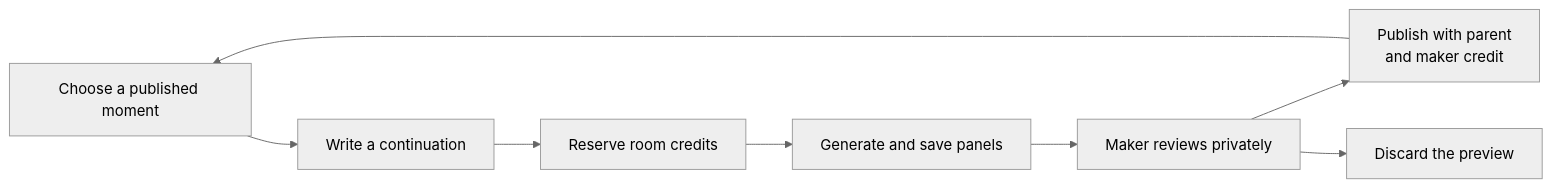
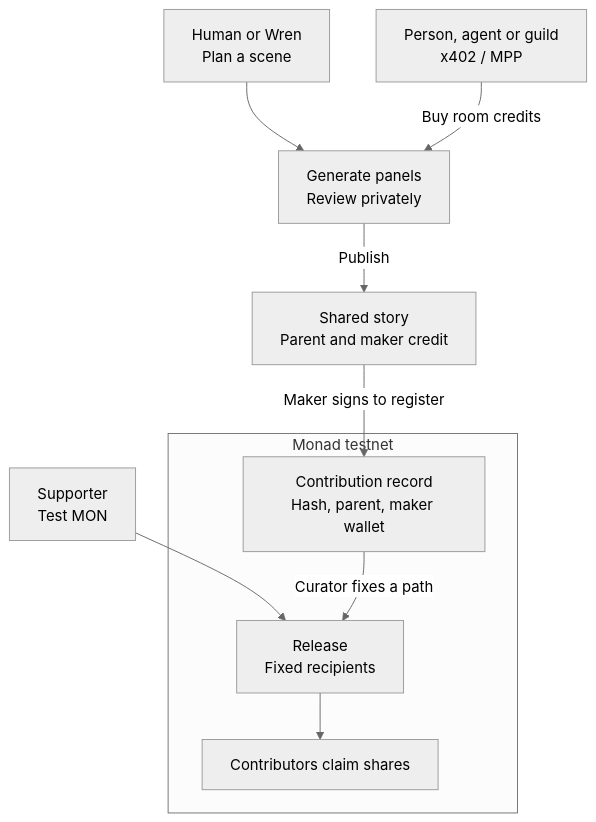
The diagram in README.md (Wenjix/fork-night), drawn with Mermaid (neutral theme) before and after one commit. The commit also changed other lines of this file, not shown here.

Commit message:
docs(readme): clarify creative credit and polish the demo guide

````diff
--- a/README.md
+++ b/README.md
@@ -84,10 +96,13 @@
 ```mermaid
-flowchart LR
-    A["Choose a published moment"] --> B["Write a continuation"]
-    B --> C["Reserve room credits"]
-    C --> D["Generate and save panels"]
-    D --> E["Maker reviews privately"]
-    E --> F["Publish with parent<br/>and maker credit"]
-    E --> G["Discard the preview"]
-    F --> A
+flowchart TD
+    Maker["Human or Wren<br/>Plan a scene"] --> Preview["Generate panels<br/>Review privately"]
+    Funding["Person, agent or guild<br/>x402 / MPP"] -->|Buy room credits| Preview
+    Preview -->|Publish| Story["Shared story<br/>Parent and maker credit"]
+    Story -->|Maker signs to register| Record
+    Supporter["Supporter<br/>Test MON"] --> Release
+    subgraph Monad["Monad testnet"]
+        Record["Contribution record<br/>Hash, parent, maker wallet"]
+        Record -->|Curator fixes a path| Release["Release<br/>Fixed recipients"]
+        Release --> Claims["Contributors claim shares"]
+    end
 ```
````
